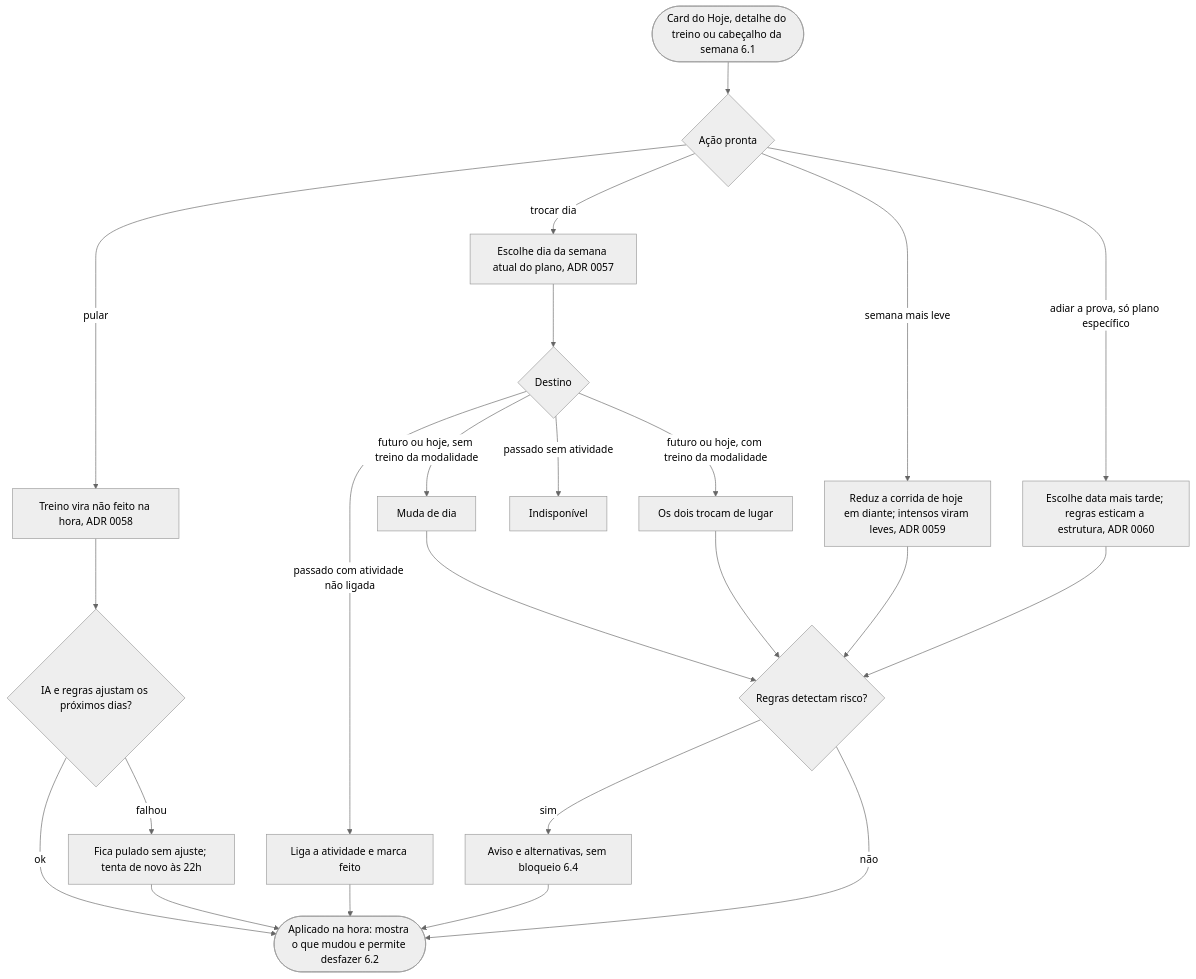
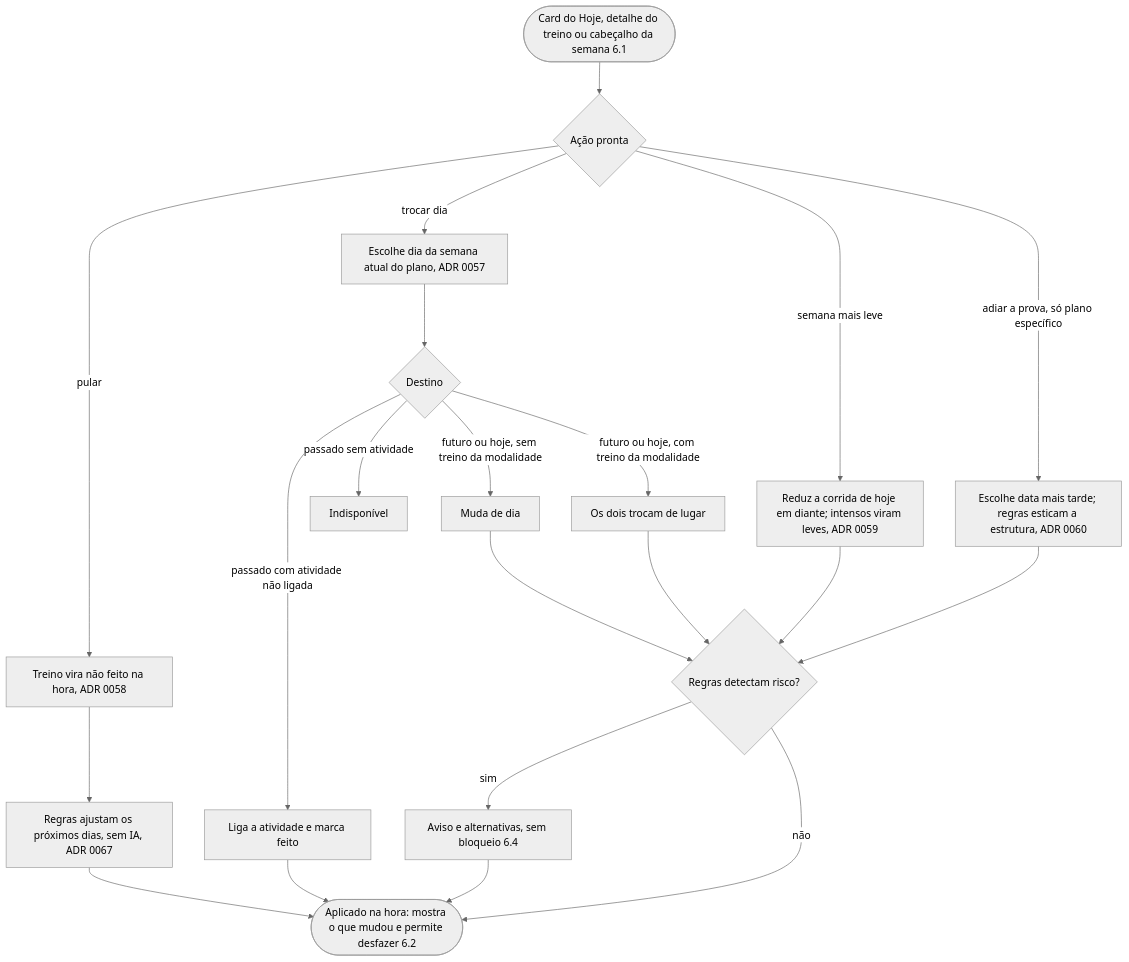
One commit to cruzvini/app-corrida changed the ninth of 11 diagrams in docs/fluxos.md. Above: the diagram before and after it, drawn with Mermaid (neutral theme). The commit also changed other lines of this file and 2 other files, not shown here.

````diff
--- a/docs/fluxos.md
+++ b/docs/fluxos.md
@@ -228,23 +237,21 @@
 ```mermaid
 flowchart TD
   A([Card do Hoje, detalhe do treino ou cabeçalho da semana 6.1]) --> B{Ação pronta}
   B -- pular --> P[Treino vira não feito na hora, ADR 0058]
-  P --> P1{IA e regras ajustam os próximos dias?}
-  P1 -- ok --> N
-  P1 -- falhou --> P2[Fica pulado sem ajuste; tenta de novo às 22h] --> N
+  P --> P1[Regras ajustam os próximos dias, sem IA, ADR 0067] --> N
   B -- trocar dia --> T[Escolhe dia da semana atual do plano, ADR 0057]
   T --> T1{Destino}
   T1 -- futuro ou hoje, sem treino da modalidade --> T2[Muda de dia]
   T1 -- futuro ou hoje, com treino da modalidade --> T3[Os dois trocam de lugar]
   T1 -- passado com atividade não ligada --> T4[Liga a atividade e marca feito]
   T1 -- passado sem atividade --> T5[Indisponível]
   T2 --> R
   T3 --> R
   T4 --> N
   B -- semana mais leve --> L[Reduz a corrida de hoje em diante; intensos viram leves, ADR 0059] --> R
   B -- adiar a prova, só plano específico --> AD[Escolhe data mais tarde; regras esticam a estrutura, ADR 0060] --> R
   R{Regras detectam risco?}
   R -- sim --> R1[Aviso e alternativas, sem bloqueio 6.4] --> N
   R -- não --> N
   N([Aplicado na hora: mostra o que mudou e permite desfazer 6.2])
 ```
````
